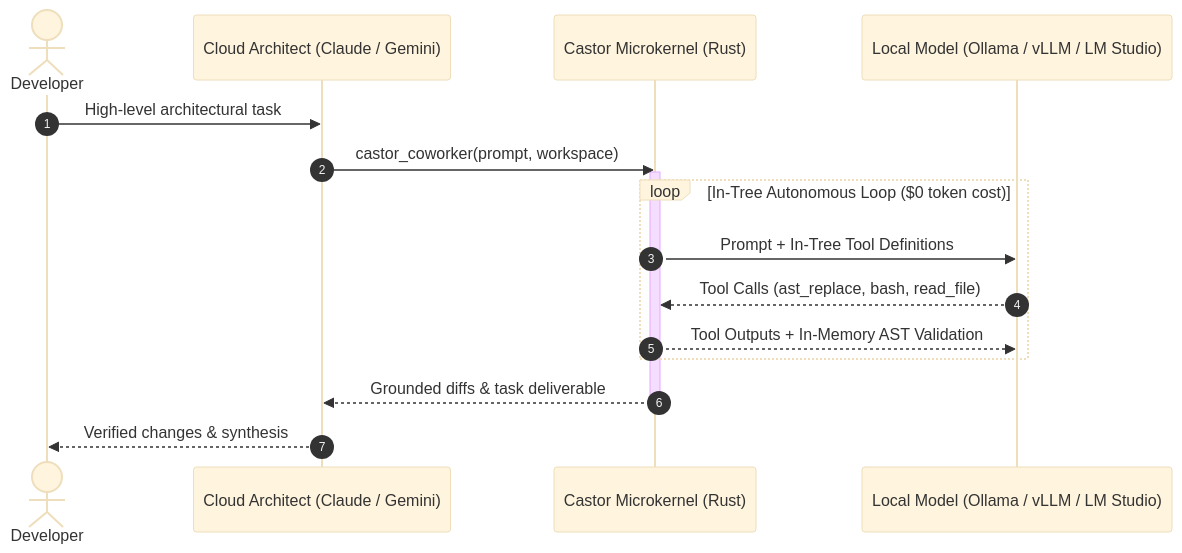
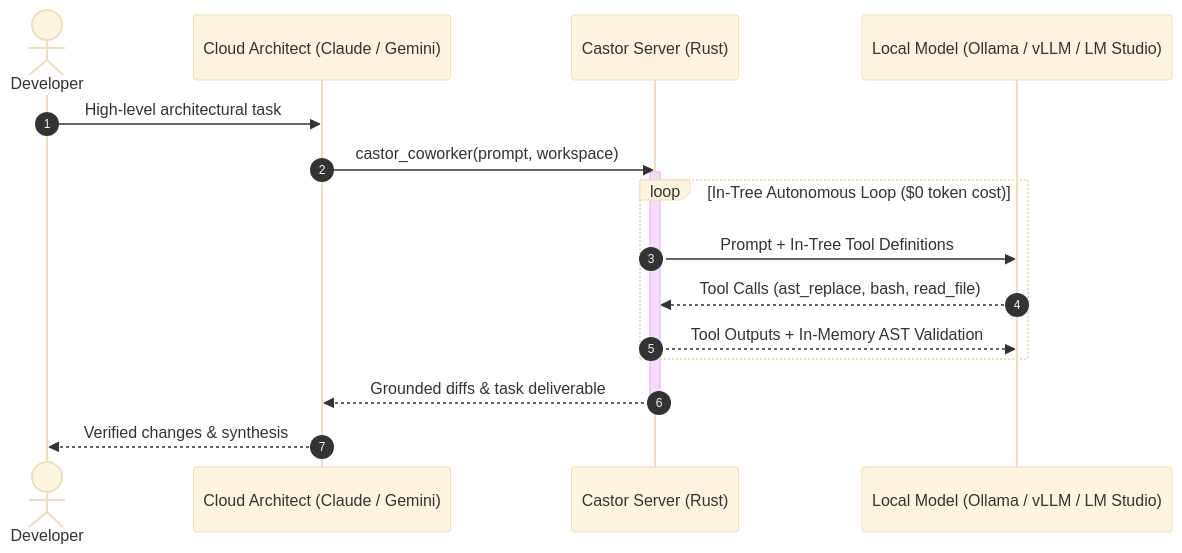
Before and after one commit to ApatheticMioz/Castor: the first of 2 diagrams in README.md, drawn with Mermaid (base theme). The commit also changed other lines of this file and 16 other files, not shown here.

````diff
--- a/README.md
+++ b/README.md
@@ -69,20 +92,20 @@
 ```mermaid
 sequenceDiagram
     autonumber
     actor Dev as Developer
     participant Cloud as Cloud Architect (Claude / Gemini)
-    participant Castor as Castor Microkernel (Rust)
+    participant Castor as Castor Server (Rust)
     participant Local as Local Model (Ollama / vLLM / LM Studio)
 
     Dev->>Cloud: High-level architectural task
     Cloud->>Castor: castor_coworker(prompt, workspace)
     activate Castor
     loop In-Tree Autonomous Loop ($0 token cost)
         Castor->>Local: Prompt + In-Tree Tool Definitions
         Local-->>Castor: Tool Calls (ast_replace, bash, read_file)
         Castor-->>Local: Tool Outputs + In-Memory AST Validation
     end
     Castor-->>Cloud: Grounded diffs & task deliverable
     deactivate Castor
     Cloud-->>Dev: Verified changes & synthesis
 ```
````
